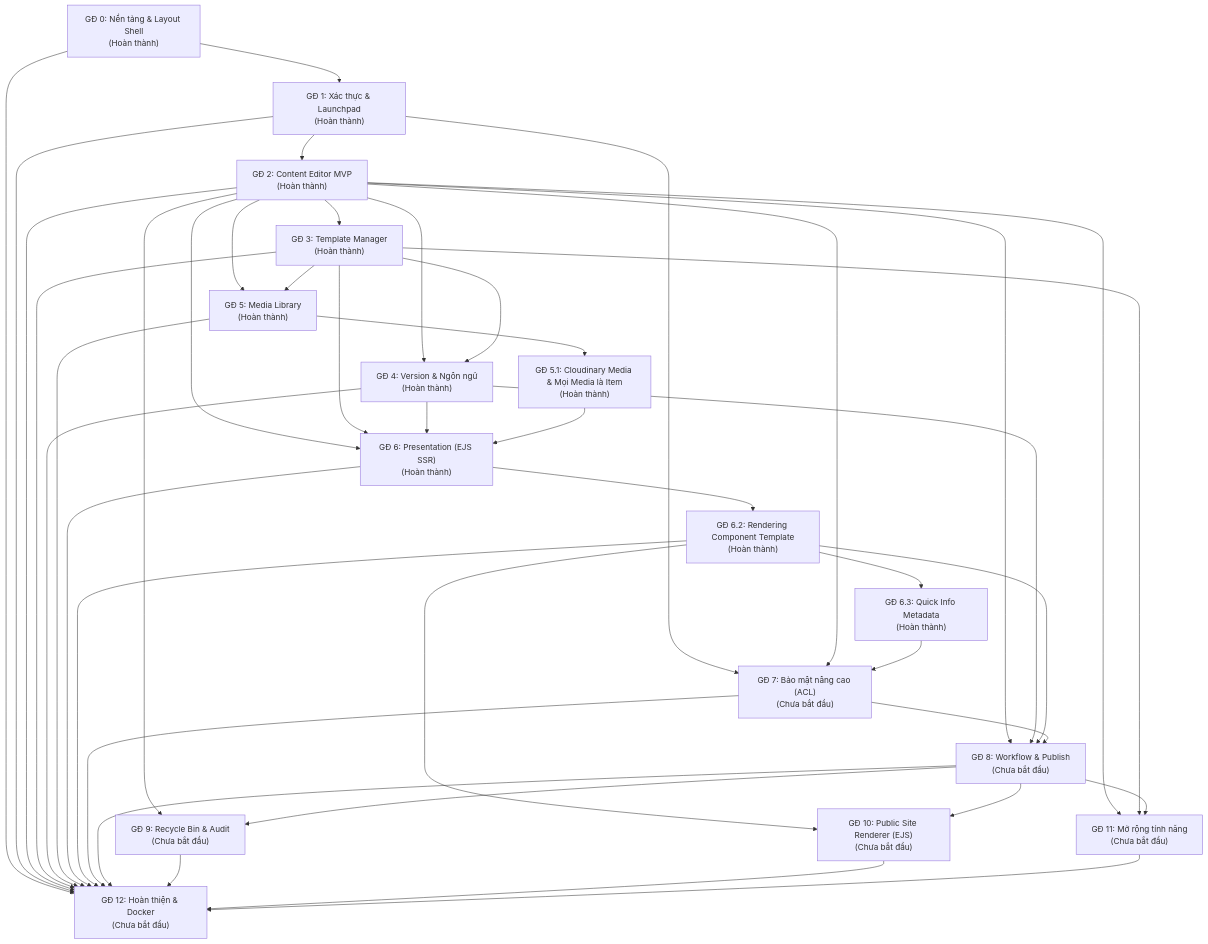
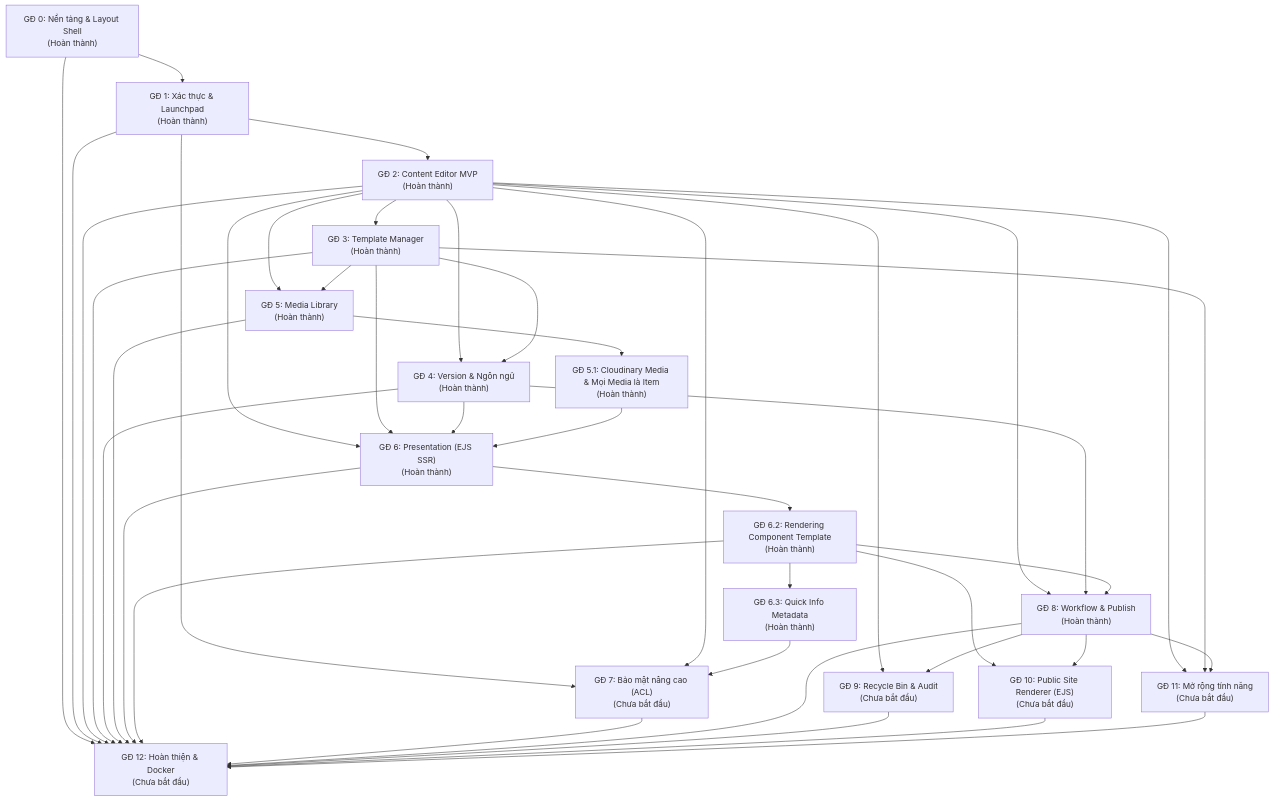
Before and after one commit to mittomao/Admin-CMS: the diagram in docs/phases/README.md, drawn with Mermaid. The commit also changed other lines of this file and 44 other files, not shown here.

Commit message:
GĐ 8 - WORKFLOW, WORKBOX, PUBLISH

````diff
--- a/docs/phases/README.md
+++ b/docs/phases/README.md
@@ -9,18 +9,18 @@
 ```mermaid
 flowchart TD
     GD0["GĐ 0: Nền tảng & Layout Shell<br/>(Hoàn thành)"] --> GD1["GĐ 1: Xác thực & Launchpad<br/>(Hoàn thành)"]
     GD1 --> GD2["GĐ 2: Content Editor MVP<br/>(Hoàn thành)"]
     GD2 --> GD3["GĐ 3: Template Manager<br/>(Hoàn thành)"]
     GD2 & GD3 --> GD4["GĐ 4: Version & Ngôn ngữ<br/>(Hoàn thành)"]
     GD2 & GD3 --> GD5["GĐ 5: Media Library<br/>(Hoàn thành)"]
     GD5 --> GD5_1["GĐ 5.1: Cloudinary Media & Mọi Media là Item<br/>(Hoàn thành)"]
     GD2 & GD3 & GD4 & GD5_1 --> GD6["GĐ 6: Presentation (EJS SSR)<br/>(Hoàn thành)"]
     GD6 --> GD6_2["GĐ 6.2: Rendering Component Template<br/>(Hoàn thành)"]
     GD6_2 --> GD6_3["GĐ 6.3: Quick Info Metadata<br/>(Hoàn thành)"]
     GD1 & GD2 & GD6_3 --> GD7["GĐ 7: Bảo mật nâng cao (ACL)<br/>(Chưa bắt đầu)"]
-    GD2 & GD4 & GD6_2 & GD7 --> GD8["GĐ 8: Workflow & Publish<br/>(Chưa bắt đầu)"]
+    GD2 & GD4 & GD6_2 --> GD8["GĐ 8: Workflow & Publish<br/>(Hoàn thành)"]
     GD2 & GD8 --> GD9["GĐ 9: Recycle Bin & Audit<br/>(Chưa bắt đầu)"]
     GD6_2 & GD8 --> GD10["GĐ 10: Public Site Renderer (EJS)<br/>(Chưa bắt đầu)"]
     GD2 & GD3 & GD8 --> GD11["GĐ 11: Mở rộng tính năng<br/>(Chưa bắt đầu)"]
     GD0 & GD1 & GD2 & GD3 & GD4 & GD5 & GD6 & GD6_2 & GD7 & GD8 & GD9 & GD10 & GD11 --> GD12["GĐ 12: Hoàn thiện & Docker<br/>(Chưa bắt đầu)"]
 ```
````
